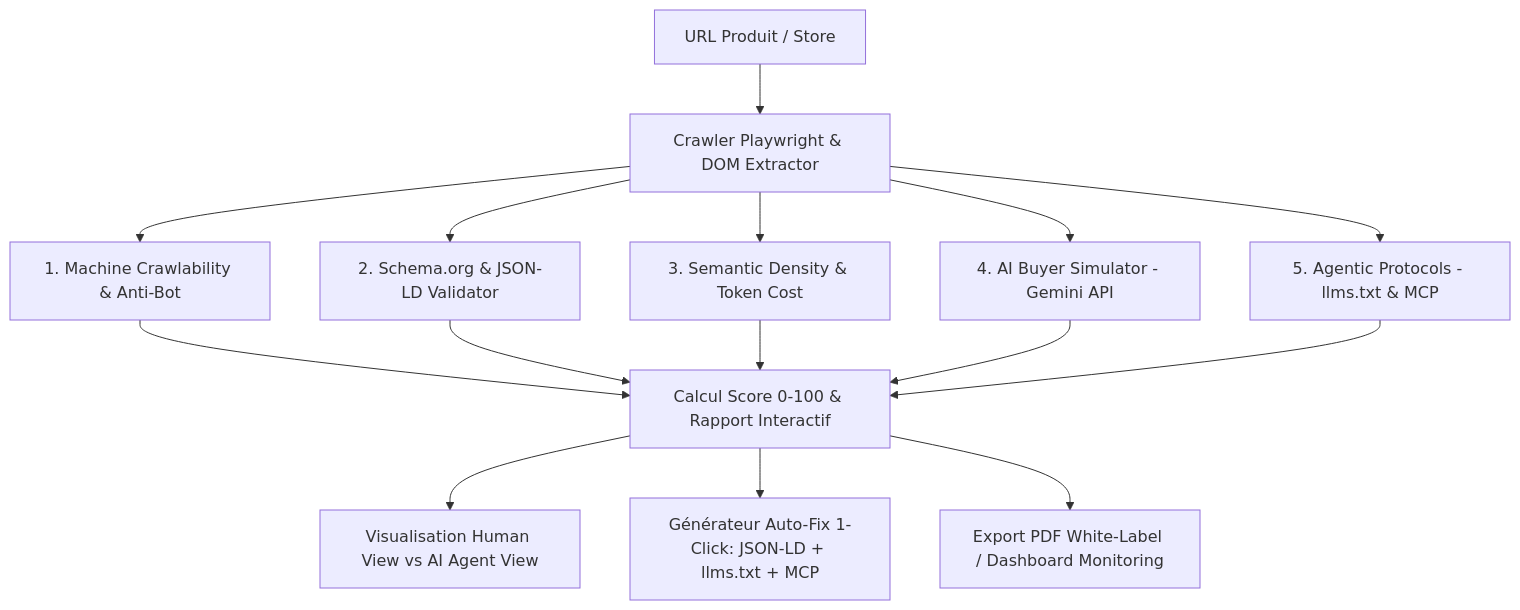
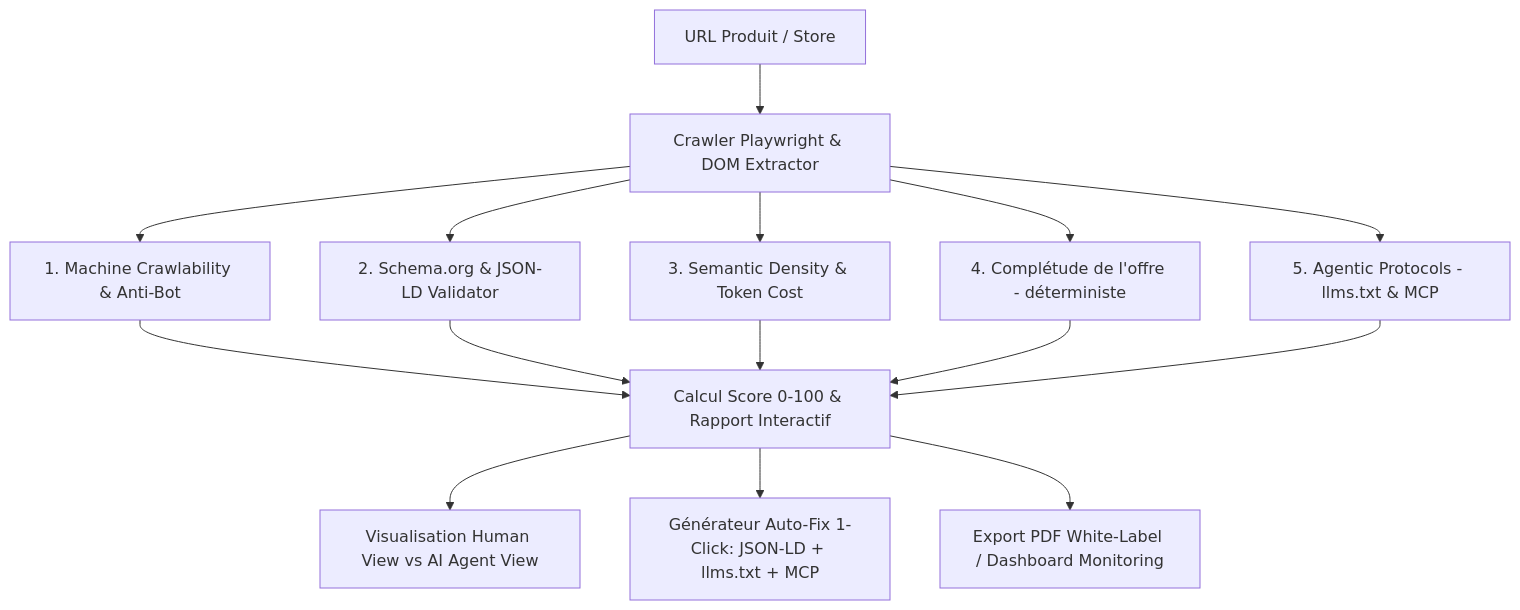
Before and after one commit to thebestsystem/aiready: the diagram in docs/PRD.md, drawn with Mermaid. The commit also changed other lines of this file and 11 other files, not shown here.

First line of the commit message:
fix(honnêteté): renomme 'AI Buyer Simulator' → 'Complétude de l'offre' + retire le faux MCP

````diff
--- a/docs/PRD.md
+++ b/docs/PRD.md
@@ -26,13 +26,13 @@
 ```mermaid
 graph TD
     A[URL Produit / Store] --> B[Crawler Playwright & DOM Extractor]
     B --> C1[1. Machine Crawlability & Anti-Bot]
     B --> C2[2. Schema.org & JSON-LD Validator]
     B --> C3[3. Semantic Density & Token Cost]
-    B --> C4[4. AI Buyer Simulator - Gemini API]
+    B --> C4[4. Complétude de l'offre - déterministe]
     B --> C5[5. Agentic Protocols - llms.txt & MCP]
     C1 & C2 & C3 & C4 & C5 --> D[Calcul Score 0-100 & Rapport Interactif]
     D --> E1[Visualisation Human View vs AI Agent View]
     D --> E2[Générateur Auto-Fix 1-Click: JSON-LD + llms.txt + MCP]
     D --> E3[Export PDF White-Label / Dashboard Monitoring]
 ```
````
